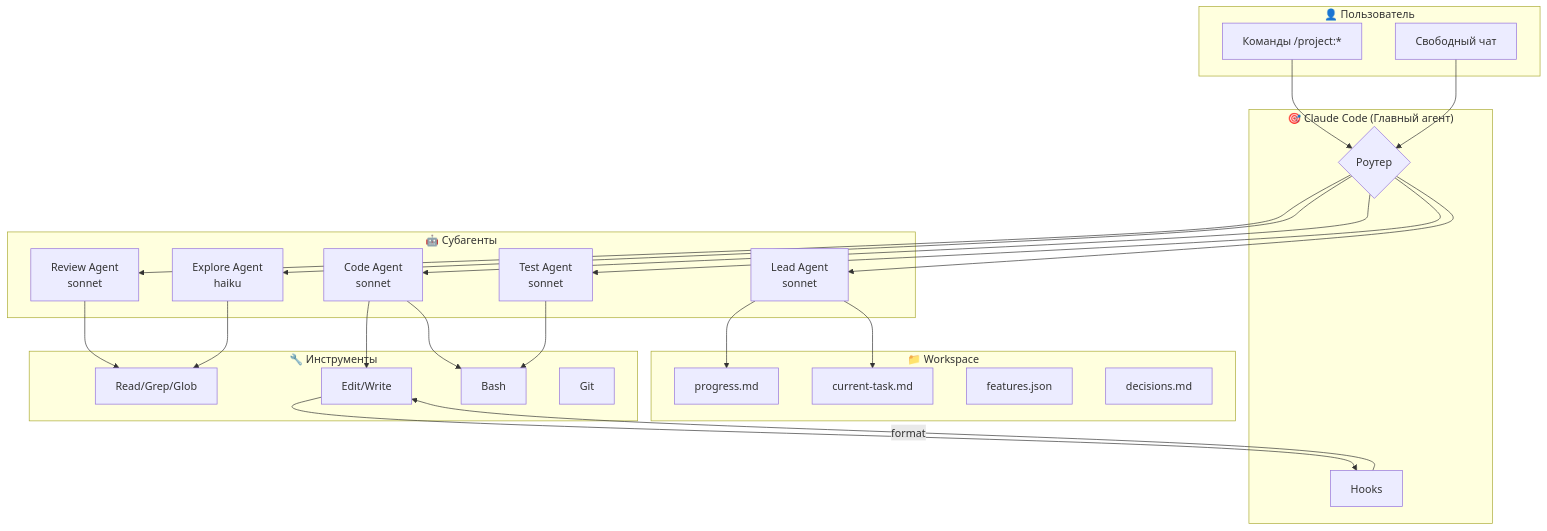
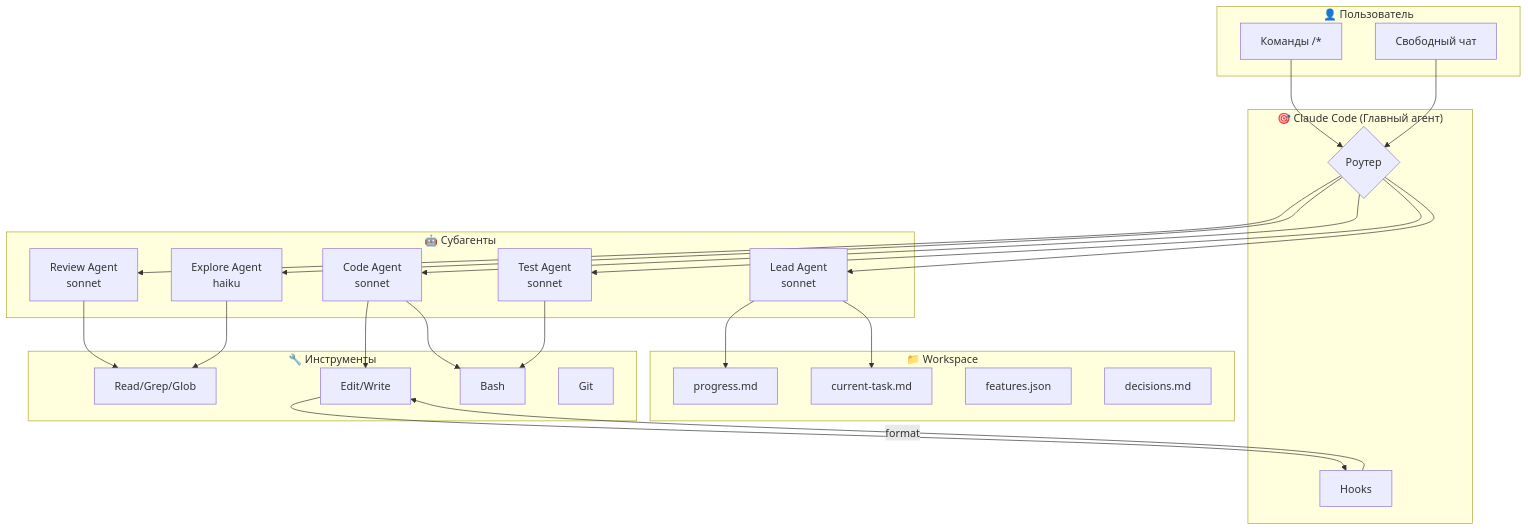
Before and after one commit to nikitaCodeSave/Claude-Code-Kit: the first of 12 diagrams in SCENARIOS.md, drawn with Mermaid. The commit also changed other lines of this file and 17 other files, not shown here.

````diff
--- a/SCENARIOS.md
+++ b/SCENARIOS.md
@@ -9,54 +9,54 @@
 ```mermaid
 flowchart TB
     subgraph User["👤 Пользователь"]
-        CMD[Команды /project:*]
+        CMD[Команды /*]
         CHAT[Свободный чат]
     end
 
     subgraph Orchestrator["🎯 Claude Code (Главный агент)"]
         ROUTER{Роутер}
         HOOKS[Hooks]
     end
 
     subgraph Agents["🤖 Субагенты"]
         LEAD[Lead Agent<br/>sonnet]
         CODE[Code Agent<br/>sonnet]
         TEST[Test Agent<br/>sonnet]
         REVIEW[Review Agent<br/>sonnet]
         EXPLORE[Explore Agent<br/>haiku]
     end
 
     subgraph Workspace["📁 Workspace"]
         PROGRESS[progress.md]
         CURRENT[current-task.md]
         FEATURES[features.json]
         DECISIONS[decisions.md]
     end
 
     subgraph Tools["🔧 Инструменты"]
         READ[Read/Grep/Glob]
         EDIT[Edit/Write]
         BASH[Bash]
         GIT[Git]
     end
 
     CMD --> ROUTER
     CHAT --> ROUTER
     
     ROUTER --> LEAD
     ROUTER --> CODE
     ROUTER --> TEST
     ROUTER --> REVIEW
     ROUTER --> EXPLORE
     
     LEAD --> PROGRESS
     LEAD --> CURRENT
     CODE --> EDIT
     CODE --> BASH
     TEST --> BASH
     REVIEW --> READ
     EXPLORE --> READ
     
     EDIT --> HOOKS
     HOOKS --> |format| EDIT
 ```
````
